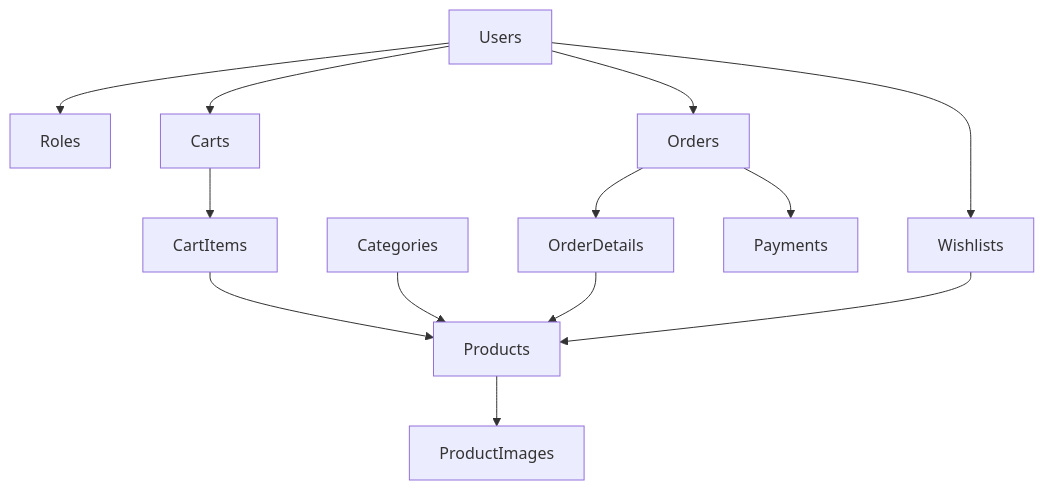
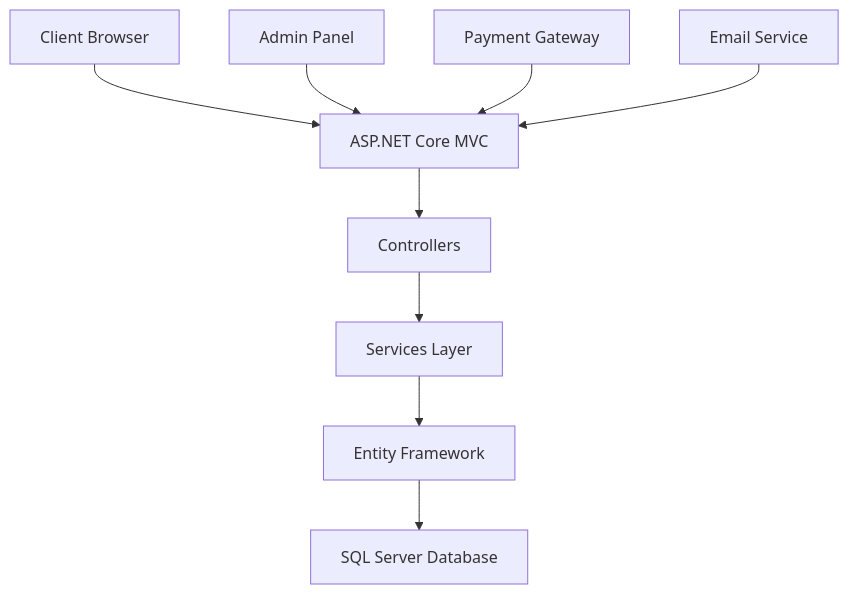
One commit to nhotungdo/Shop-Technology-Accessories changed the first of 2 diagrams in README.md. Above: the diagram before and after it, drawn with Mermaid. The commit also changed other lines of this file and 102 other files, not shown here.

````diff
--- a/README.md
+++ b/README.md
@@ -293,15 +205,12 @@
 ```mermaid
-graph TD
-    A[Users] --> B[Roles]
-    A --> C[Carts]
-    A --> D[Orders]
-    A --> E[Wishlists]
-    F[Categories] --> G[Products]
-    G --> H[ProductImages]
-    C --> I[CartItems]
-    D --> J[OrderDetails]
-    D --> K[Payments]
-    I --> G
-    J --> G
-    E --> G
+graph TB
+    A[Client Browser] --> B[ASP.NET Core MVC]
+    B --> C[Controllers]
+    C --> D[Services Layer]
+    D --> E[Entity Framework]
+    E --> F[SQL Server Database]
+    
+    G[Admin Panel] --> B
+    H[Payment Gateway] --> B
+    I[Email Service] --> B
 ```
````
